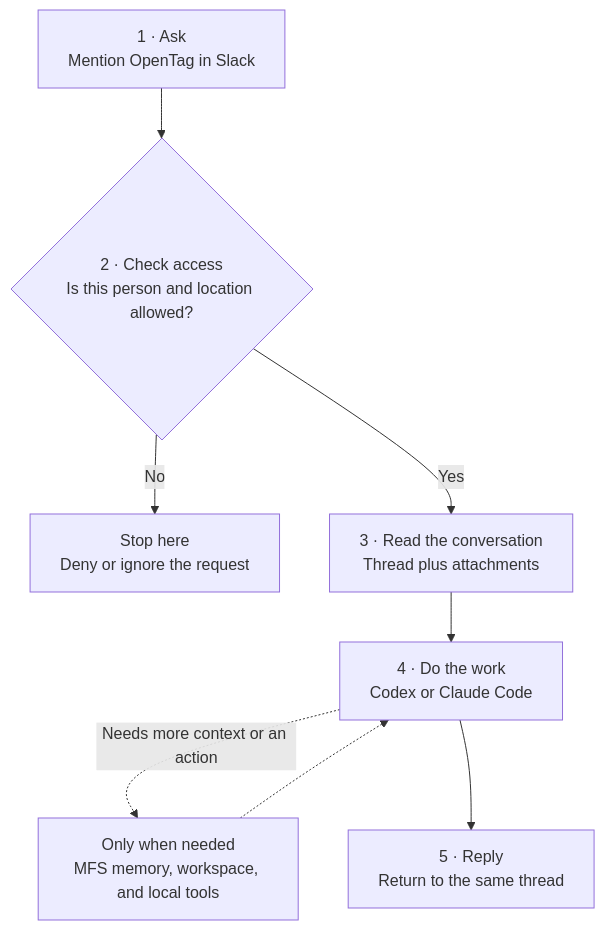
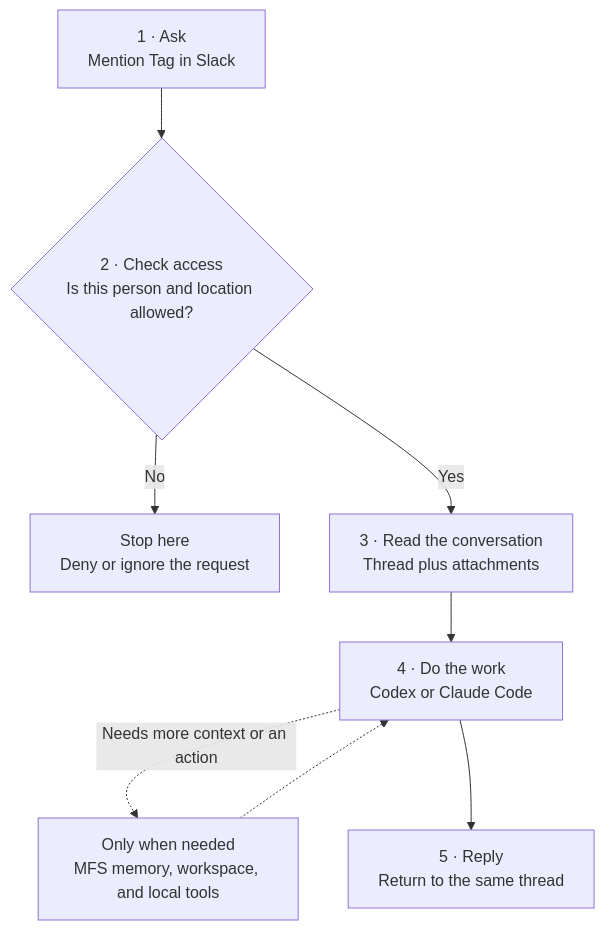
One commit to klovr-co/hover-tag changed the first of 19 diagrams in docs/user-flows.md. Above: the diagram before and after it, drawn with Mermaid. The commit also changed other lines of this file and 23 other files, not shown here.

````diff
--- a/docs/user-flows.md
+++ b/docs/user-flows.md
@@ -24,18 +24,18 @@
 ```mermaid
 flowchart TD
-    Ask["1 · Ask<br/>Mention OpenTag in Slack"]
+    Ask["1 · Ask<br/>Mention Tag in Slack"]
     Gate{"2 · Check access<br/>Is this person and location allowed?"}
     Stop["Stop here<br/>Deny or ignore the request"]
     Context["3 · Read the conversation<br/>Thread plus attachments"]
     Brain["4 · Do the work<br/>Codex or Claude Code"]
     Extra["Only when needed<br/>MFS memory, workspace, and local tools"]
     Reply["5 · Reply<br/>Return to the same thread"]
 
     Ask --> Gate
     Gate -->|No| Stop
     Gate -->|Yes| Context
     Context --> Brain
     Brain -.->|Needs more context or an action| Extra
     Extra -.-> Brain
     Brain --> Reply
 ```
````
